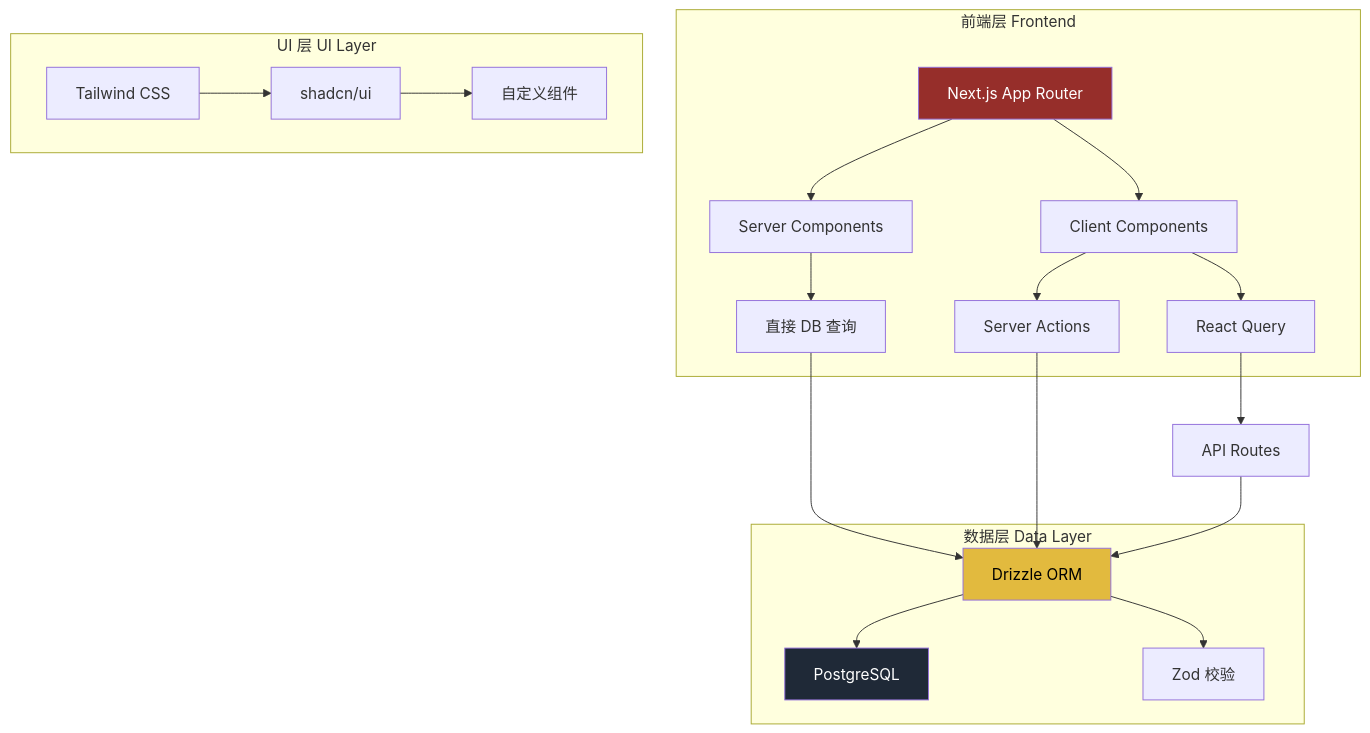
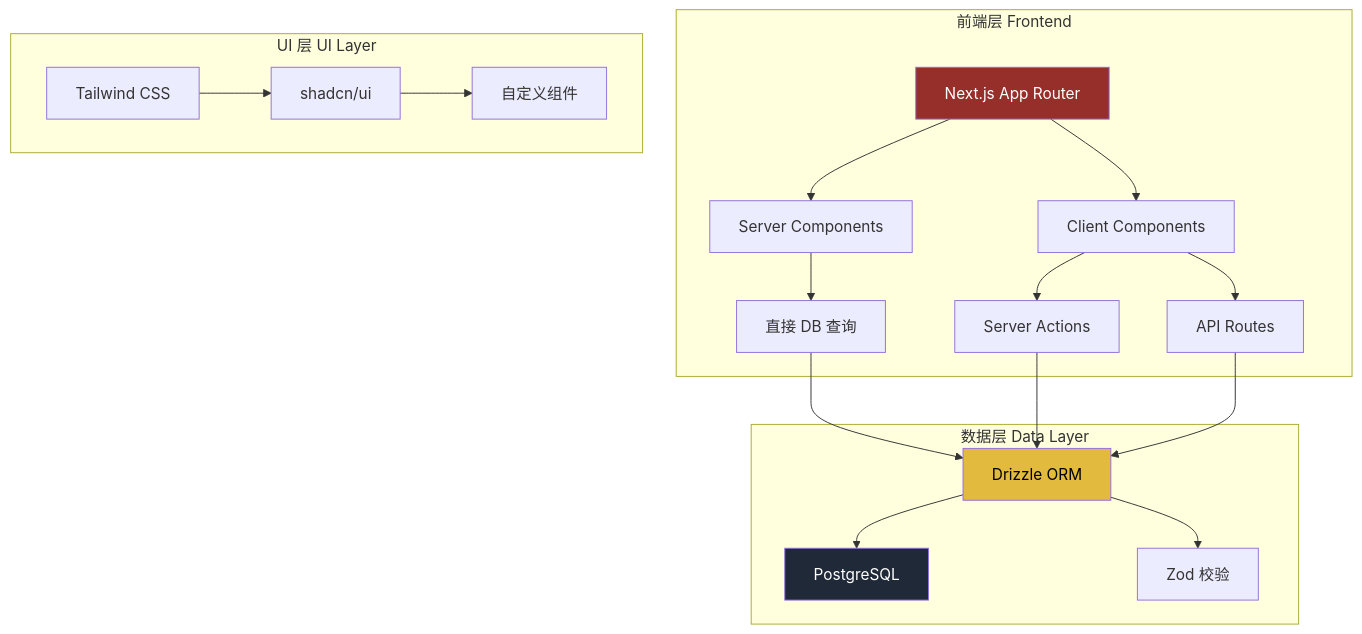
Before and after one commit to cccbbbaaaa/culture_china: the first of 5 diagrams in README.md, drawn with Mermaid. The commit also changed other lines of this file, not shown here.

````diff
--- a/README.md
+++ b/README.md
@@ -51,29 +52,28 @@
 ```mermaid
 graph TB
     subgraph "前端层 Frontend"
         A[Next.js App Router] --> B[Server Components]
         A --> C[Client Components]
         B --> D[直接 DB 查询]
         C --> E[Server Actions]
-        C --> F[React Query]
+        C --> F[API Routes]
     end
-    
+  
     subgraph "UI 层 UI Layer"
         G[Tailwind CSS] --> H[shadcn/ui]
         H --> I[自定义组件]
     end
-    
+  
     subgraph "数据层 Data Layer"
         J[Drizzle ORM] --> K[PostgreSQL]
         J --> L[Zod 校验]
     end
-    
+  
     D --> J
     E --> J
-    F --> M[API Routes]
-    M --> J
-    
+    F --> J
+  
     style A fill:#962E2A,color:#fff
     style J fill:#E2BA3E,color:#000
     style K fill:#1F2937,color:#fff
 ```
````
